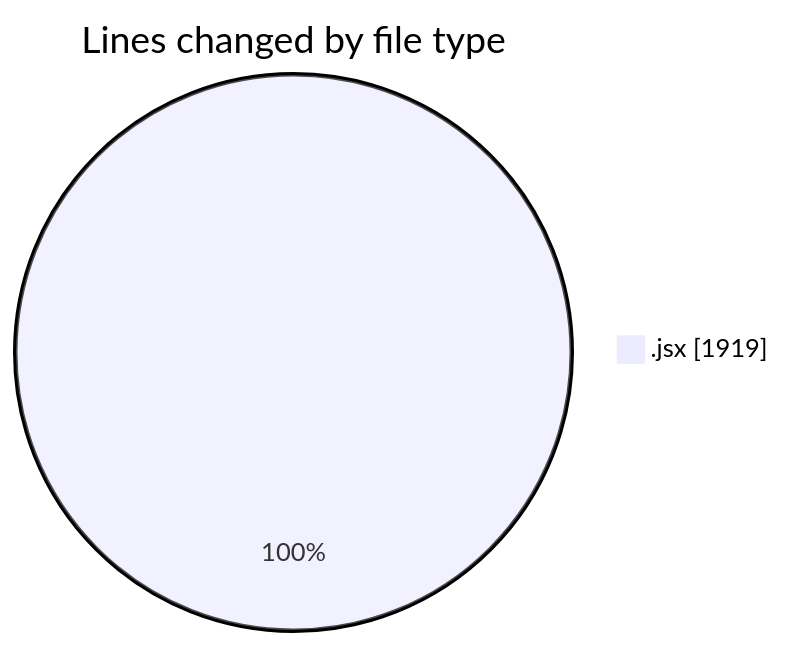
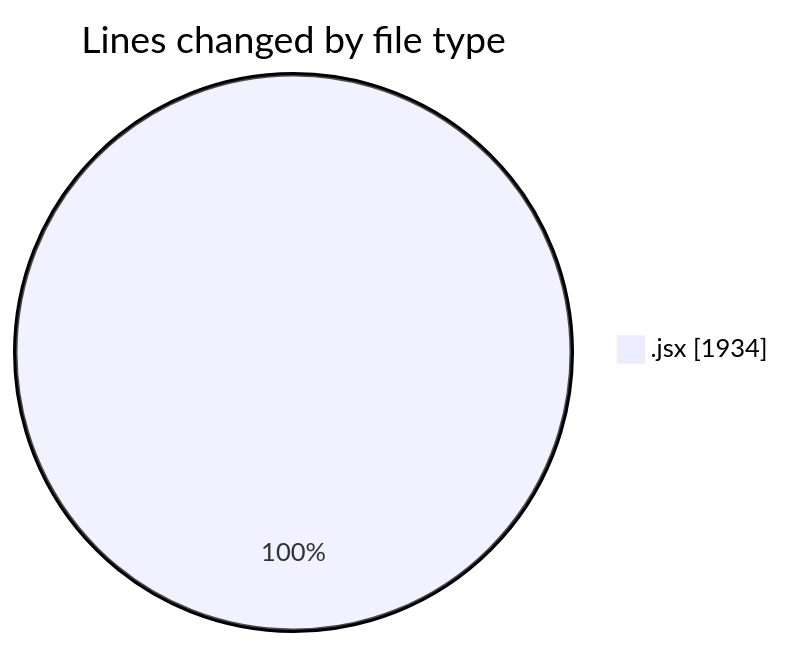
The first of 2 diagrams in 2025-12-24/nxtqube_webapp/README.md (nxtqubesakshisongat/code-tracking), drawn with Mermaid before and after one commit. The commit also changed other lines of this file and 1 other file, not shown here.

````diff
--- a/2025-12-24/nxtqube_webapp/README.md
+++ b/2025-12-24/nxtqube_webapp/README.md
@@ -20,5 +20,5 @@
 ```mermaid
 pie showData
 title Lines changed by file type
-".jsx" : 1919
+".jsx" : 1934
 ```
````
